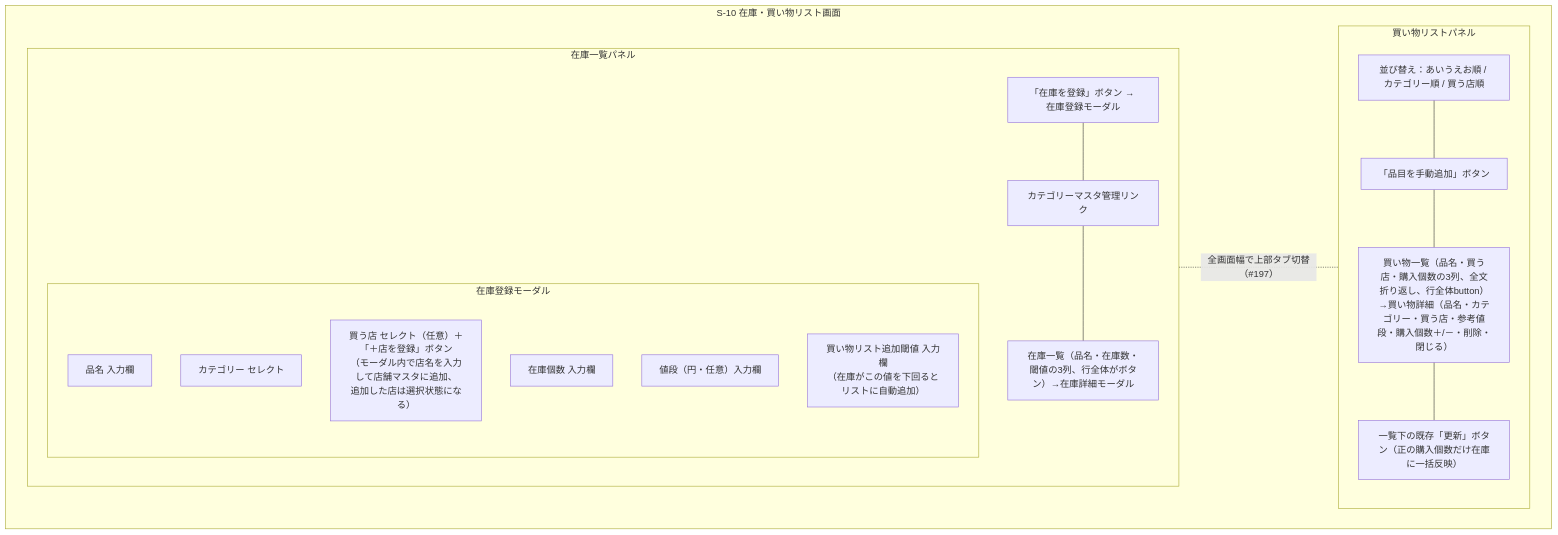
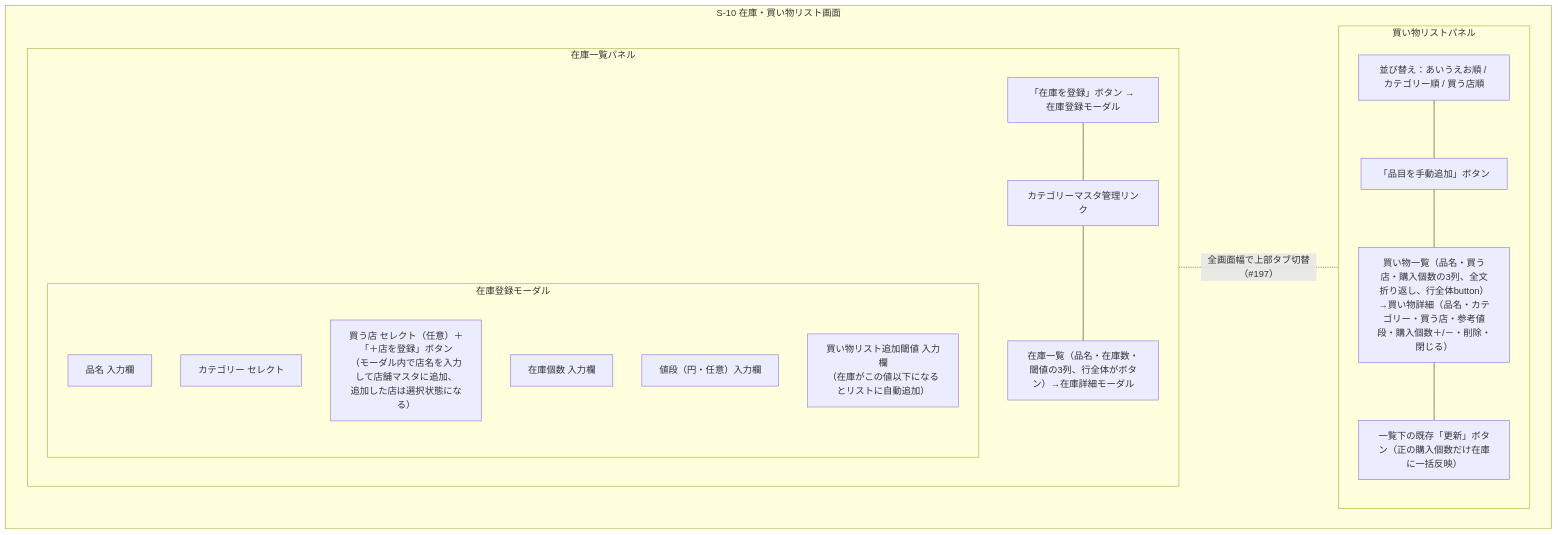
One commit to yamamotonaoki3/HomeLog changed the ninth of 17 diagrams in docs/details/wireframes.md. Above: the diagram before and after it, drawn with Mermaid. The commit also changed other lines of this file and 21 other files, not shown here.

````diff
--- a/docs/details/wireframes.md
+++ b/docs/details/wireframes.md
@@ -541,31 +541,31 @@
 ```mermaid
 flowchart TD
     subgraph Screen["S-10 在庫・買い物リスト画面"]
         direction LR
         subgraph InventoryPanel["在庫一覧パネル"]
             direction TB
             AddBtn["「在庫を登録」ボタン → 在庫登録モーダル"]
             subgraph InvModal["在庫登録モーダル"]
                 direction TB
                 InvName["品名 入力欄"]
                 InvCategory["カテゴリー セレクト"]
                 InvStore["買う店 セレクト（任意）＋「＋店を登録」ボタン\n（モーダル内で店名を入力して店舗マスタに追加、\n追加した店は選択状態になる）"]
                 InvQty["在庫個数 入力欄"]
                 InvPrice["値段（円・任意）入力欄"]
-                InvThreshold["買い物リスト追加閾値 入力欄\n（在庫がこの値を下回るとリストに自動追加）"]
+                InvThreshold["買い物リスト追加閾値 入力欄\n（在庫がこの値以下になるとリストに自動追加）"]
             end
             MasterLink["カテゴリーマスタ管理リンク"]
             InvList["在庫一覧（品名・在庫数・閾値の3列、行全体がボタン）→在庫詳細モーダル"]
         end
         subgraph ShoppingPanel["買い物リストパネル"]
             direction TB
             Sort["並び替え：あいうえお順 / カテゴリー順 / 買う店順"]
             ShopAddBtn["「品目を手動追加」ボタン"]
             ShopList["買い物一覧（品名・買う店・購入個数の3列、全文折り返し、行全体button）→買い物詳細（品名・カテゴリー・買う店・参考値段・購入個数＋/－・削除・閉じる）"]
             UpdateBtn["一覧下の既存「更新」ボタン（正の購入個数だけ在庫に一括反映）"]
         end
     end
     AddBtn --- MasterLink --- InvList
     Sort --- ShopAddBtn --- ShopList --- UpdateBtn
     InvList -. "全画面幅で上部タブ切替（#197）" .- ShopList
 ```
````
